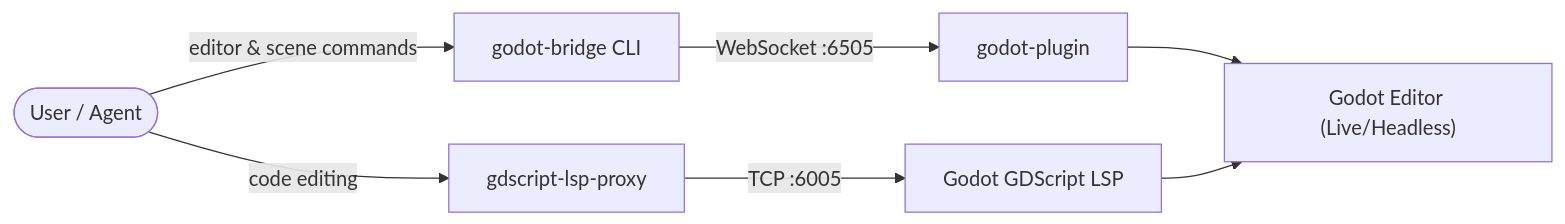
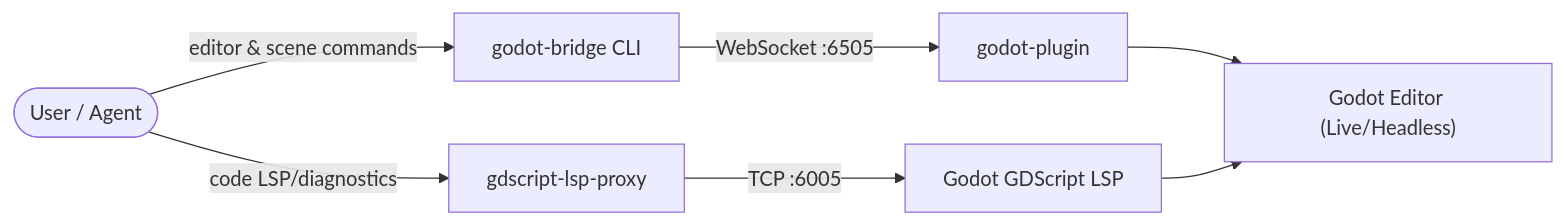
One commit to kkjang/godot-bridge changed the diagram in README.md. Above: the diagram before and after it, drawn with Mermaid.

Commit message:
docs: update flowchart edge label to "code LSP/diagnostics"
https://claude.ai/code/session_01SP9171NLXxK79x4dKpTrdD

````diff
--- a/README.md
+++ b/README.md
@@ -13,13 +13,13 @@
 ```mermaid
 flowchart LR
     User(["User / Agent"])
 
     User -->|"editor & scene commands"| CLI["godot-bridge CLI"]
-    User -->|"code editing"| LSPProxy["gdscript-lsp-proxy"]
+    User -->|"code LSP/diagnostics"| LSPProxy["gdscript-lsp-proxy"]
 
     CLI -->|"WebSocket :6505"| Plugin["godot-plugin"]
     LSPProxy -->|"TCP :6005"| GodotLSP["Godot GDScript LSP"]
 
     Plugin --> Editor["Godot Editor (Live/Headless)"]
     GodotLSP --> Editor
 ```
````
